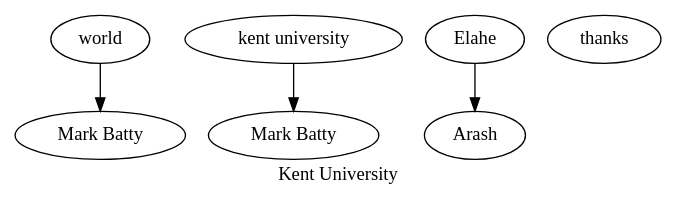
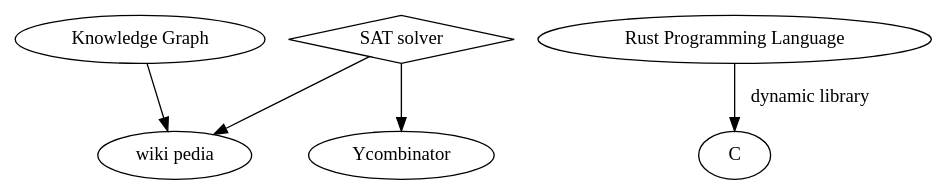
One commit to arashatt/Research changed the diagram in kent.dot. Above: the diagram before and after it, drawn with Graphviz. The commit also changed 8 other files, not shown here.

```diff
--- a/kent.dot
+++ b/kent.dot
@@ -1,13 +1,22 @@
-digraph {
-
-label="Kent University"
-URL="https://www.kent.ac.uk/" 
-world [URL="https://yahoo.com"] 
-mark [label="Mark Batty", URL="https://www.kent.ac.uk/computing/people/3126/batty-mark"]
-"kent university" -> "Mark Batty";
-world -> mark;
-Elahe -> Arash;
-subgraph{
-	thanks
-	}
+strict digraph "Knowledge Graph" {
+    KG [label = "Knowledge Graph";];
+    wiki [label = "wiki pedia";URL = "https://wikipedia.org";];
+    KG -> wiki;
+    SAT_solver [label = "SAT solver";shape = diamond;];
+    Ycombinator [URL = "news.ycombinator.com";];
+    SAT_solver -> Ycombinator [URL = "https://news.ycombinator.com/item?id=36087464";];
+    SAT_solver -> wiki [URL = "https://en.wikipedia.org/wiki/SAT_solver";];
+    rust [weight = 5;label = "Rust Programming Language";];
+    rust -> C [showboxes = 1; label = "dynamic library"; URL = "https://graphviz.org/docs/edges/";];
+    
+    
+    subgraph GraphViz {
+        node [color = "#141f88";];
+        label = "GraphViz";
+        fontname = "Courier New";
+        URL = "https://graphviz.org/doc/info/lang.html";
+    }
+    // mention zulip
+    subgraph Rust {}
+    subgraph Isabelle {}
 }
```
